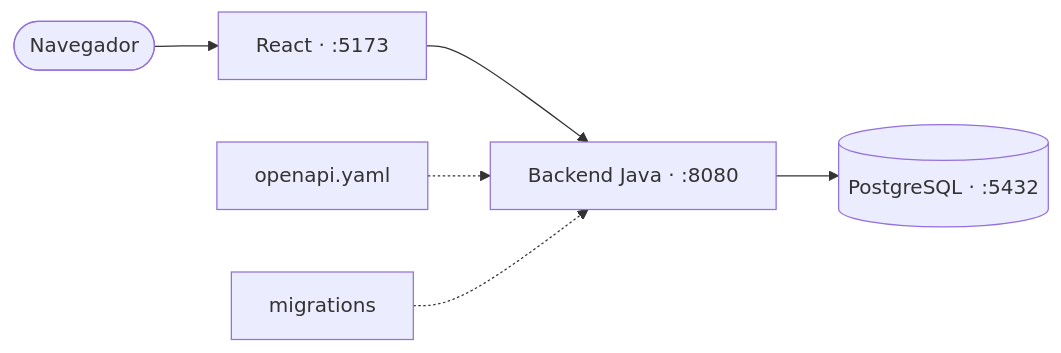
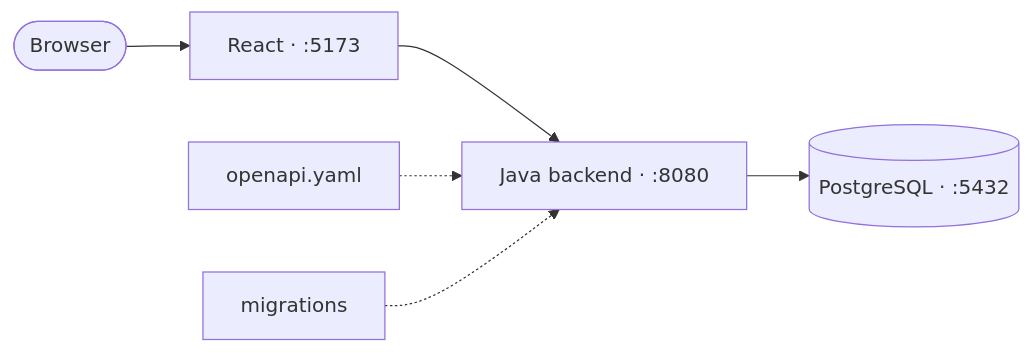
One commit to dierodfer/demo-jam changed the diagram in README.md. Above: the diagram before and after it, drawn with Mermaid. The commit also changed other lines of this file, not shown here.

````diff
--- a/README.md
+++ b/README.md
@@ -25,6 +35,6 @@
 ```mermaid
 flowchart LR
-    navegador(["Navegador"]) --> react["React · :5173"] --> java["Backend Java · :8080"] --> db[("PostgreSQL · :5432")]
-    contrato["openapi.yaml"] -.-> java
-    migraciones["migrations"] -.-> java
+    browser(["Browser"]) --> react["React · :5173"] --> java["Java backend · :8080"] --> db[("PostgreSQL · :5432")]
+    contract["openapi.yaml"] -.-> java
+    migrations["migrations"] -.-> java
 ```
````
